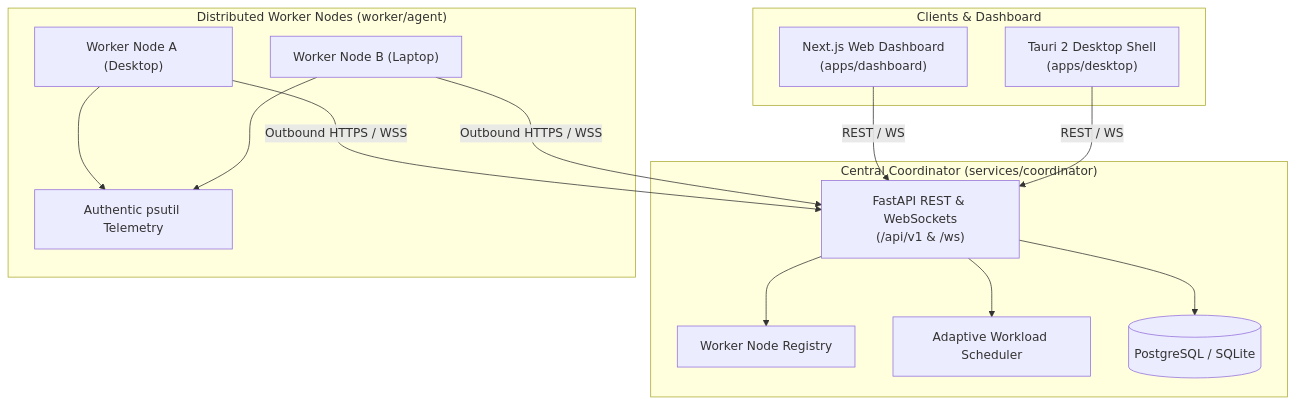
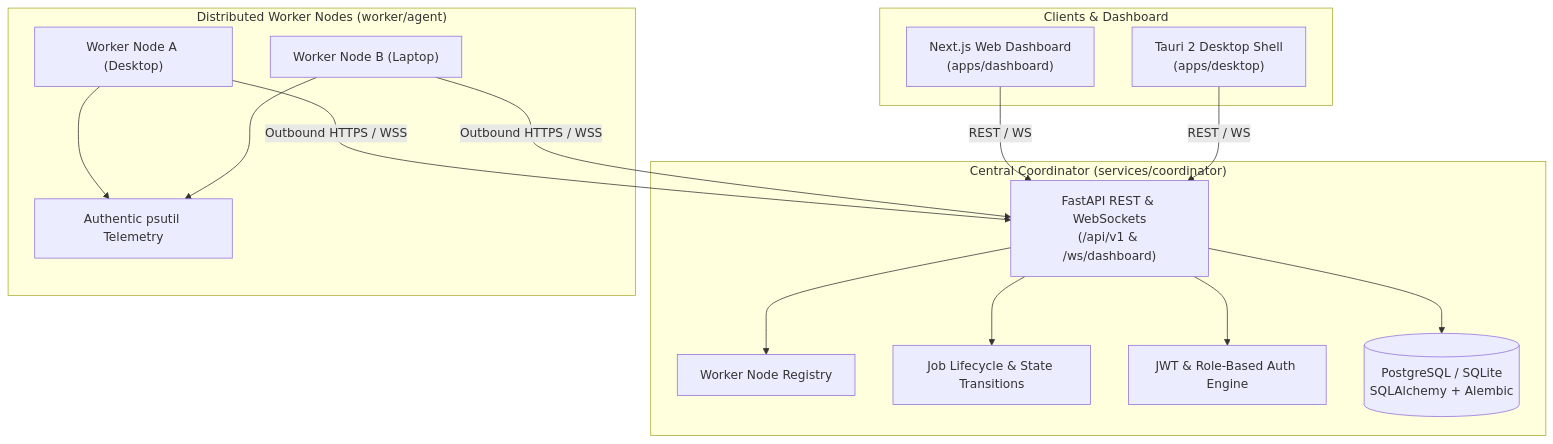
The diagram in README.md (surajchandr1c/WebSync-AI), drawn with Mermaid before and after one commit. The commit also changed other lines of this file and 44 other files, not shown here.

````diff
--- a/README.md
+++ b/README.md
@@ -9,30 +9,32 @@
 ```mermaid
 flowchart TD
     subgraph UI["Clients & Dashboard"]
         Dashboard["Next.js Web Dashboard\n(apps/dashboard)"]
         Desktop["Tauri 2 Desktop Shell\n(apps/desktop)"]
     end
 
     subgraph Core["Central Coordinator (services/coordinator)"]
-        FastAPI["FastAPI REST & WebSockets\n(/api/v1 & /ws)"]
+        FastAPI["FastAPI REST & WebSockets\n(/api/v1 & /ws/dashboard)"]
         Registry["Worker Node Registry"]
-        Scheduler["Adaptive Workload Scheduler"]
-        DB[(PostgreSQL / SQLite)]
+        JobManager["Job Lifecycle & State Transitions"]
+        Auth["JWT & Role-Based Auth Engine"]
+        DB[(PostgreSQL / SQLite\nSQLAlchemy + Alembic)]
         FastAPI --> Registry
-        FastAPI --> Scheduler
+        FastAPI --> JobManager
+        FastAPI --> Auth
         FastAPI --> DB
     end
 
     subgraph Nodes["Distributed Worker Nodes (worker/agent)"]
         Worker1["Worker Node A (Desktop)"]
         Worker2["Worker Node B (Laptop)"]
         Telemetry["Authentic psutil Telemetry"]
         Worker1 --> Telemetry
         Worker2 --> Telemetry
     end
 
     Dashboard -->|REST / WS| FastAPI
     Desktop -->|REST / WS| FastAPI
     Worker1 -->|Outbound HTTPS / WSS| FastAPI
     Worker2 -->|Outbound HTTPS / WSS| FastAPI
 ```
````
